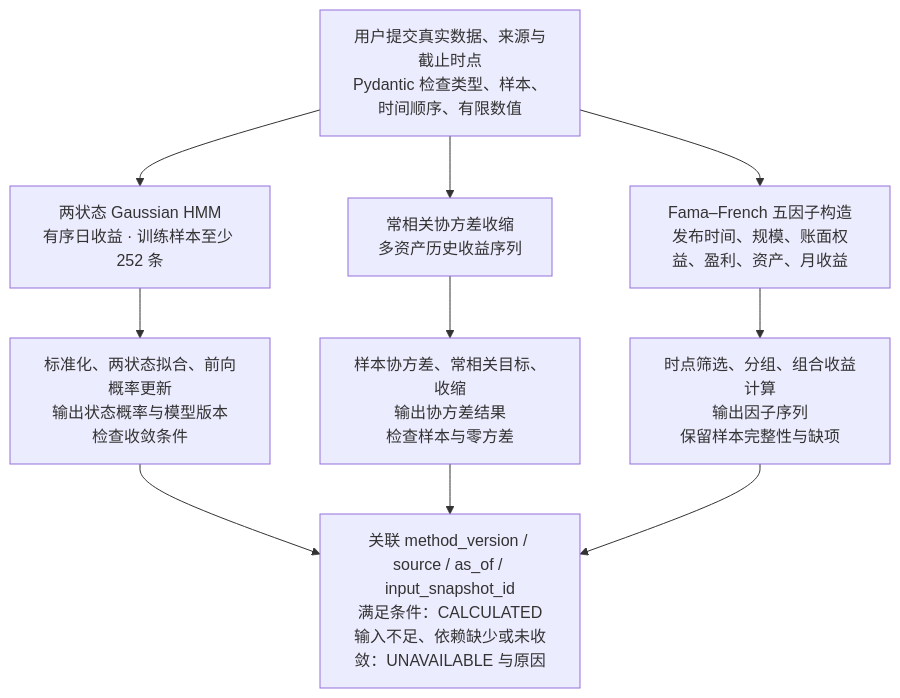
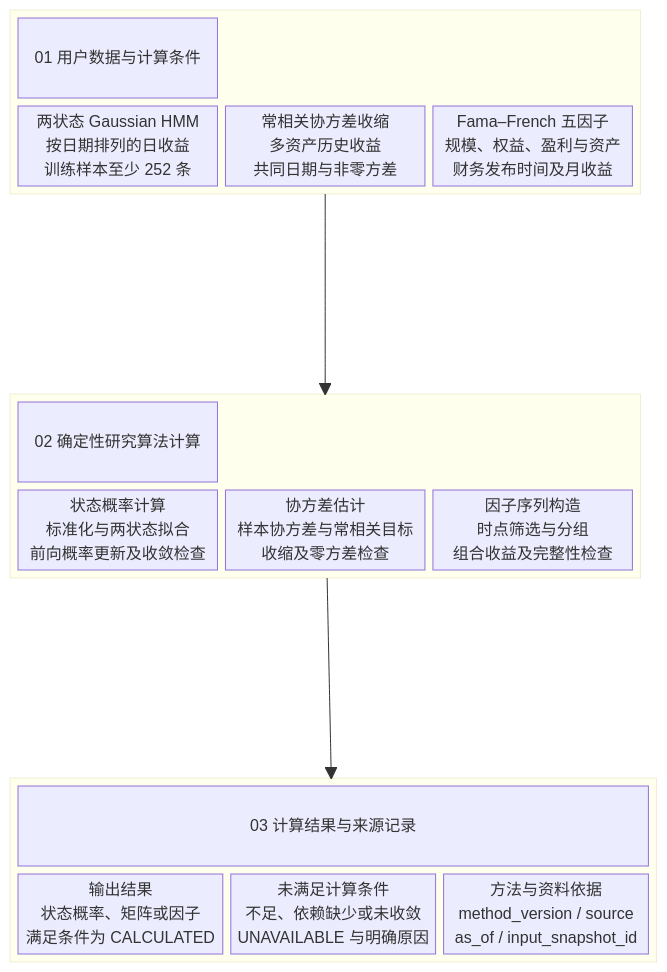
The diagram in docs/submission/figures/s2c/research-algorithms.mmd (1917173927/prism), drawn with Mermaid before and after one commit. The commit also changed 50 other files, not shown here.

Commit message:
docs: 按参考图重绘 S2C 分区卡片图示

```diff
--- a/docs/submission/figures/s2c/research-algorithms.mmd
+++ b/docs/submission/figures/s2c/research-algorithms.mmd
@@ -1,10 +1,31 @@
-flowchart TB
-    INPUT["用户提交真实数据、来源与截止时点<br/>Pydantic 检查类型、样本、时间顺序、有限数值"] --> HMM["两状态 Gaussian HMM<br/>有序日收益 · 训练样本至少 252 条"]
-    INPUT --> COV["常相关协方差收缩<br/>多资产历史收益序列"]
-    INPUT --> FF["Fama–French 五因子构造<br/>发布时间、规模、账面权益、盈利、资产、月收益"]
-    HMM --> HPROC["标准化、两状态拟合、前向概率更新<br/>输出状态概率与模型版本<br/>检查收敛条件"]
-    COV --> CPROC["样本协方差、常相关目标、收缩<br/>输出协方差结果<br/>检查样本与零方差"]
-    FF --> FPROC["时点筛选、分组、组合收益计算<br/>输出因子序列<br/>保留样本完整性与缺项"]
-    HPROC --> RESULT["关联 method_version / source / as_of / input_snapshot_id<br/>满足条件：CALCULATED<br/>输入不足、依赖缺少或未收敛：UNAVAILABLE 与原因"]
-    CPROC --> RESULT
-    FPROC --> RESULT
+block-beta
+  columns 1
+  block:input
+    columns 3
+    H1["01 用户数据与计算条件"]:3
+    A["两状态 Gaussian HMM<br/>按日期排列的日收益<br/>训练样本至少 252 条"]
+    B["常相关协方差收缩<br/>多资产历史收益<br/>共同日期与非零方差"]
+    C["Fama–French 五因子<br/>规模、权益、盈利与资产<br/>财务发布时间及月收益"]
+  end
+  space
+  block:process
+    columns 3
+    H2["02 确定性研究算法计算"]:3
+    D["状态概率计算<br/>标准化与两状态拟合<br/>前向概率更新及收敛检查"]
+    E["协方差估计<br/>样本协方差与常相关目标<br/>收缩及零方差检查"]
+    F["因子序列构造<br/>时点筛选与分组<br/>组合收益及完整性检查"]
+  end
+  space
+  block:output
+    columns 3
+    H3["03 计算结果与来源记录"]:3
+    G["输出结果<br/>状态概率、矩阵或因子<br/>满足条件为 CALCULATED"]
+    I["未满足计算条件<br/>不足、依赖缺少或未收敛<br/>UNAVAILABLE 与明确原因"]
+    J["方法与资料依据<br/>method_version / source<br/>as_of / input_snapshot_id"]
+  end
+  input --> process
+  process --> output
+  class H1,H2,H3 section
+  class input,process,output container
+  class A,B,C,G,I,J neutral
+  class D,E,F accent
```
